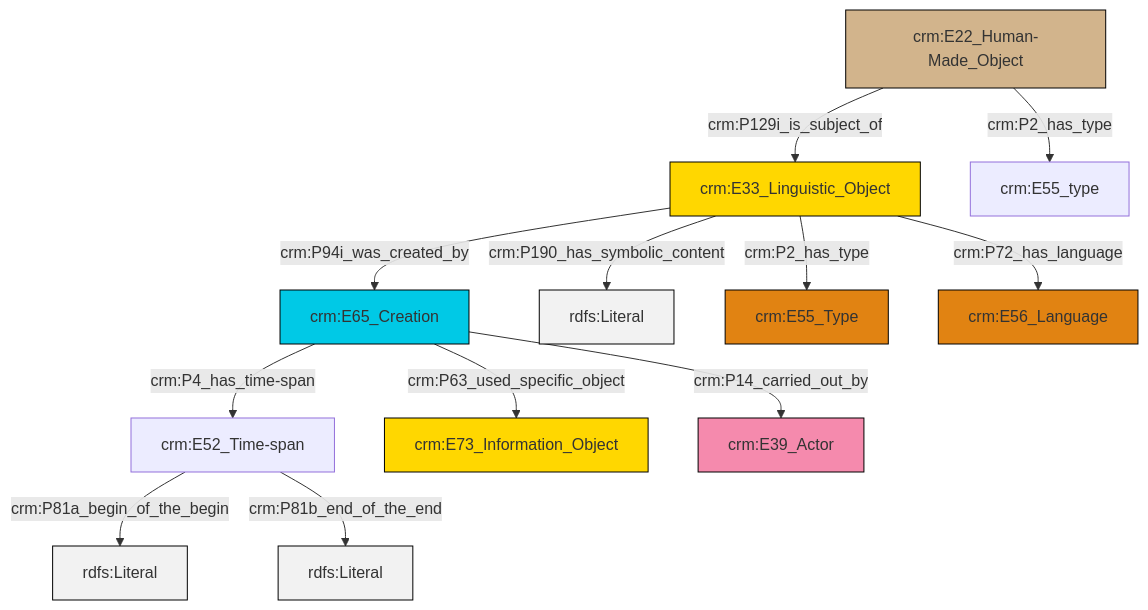
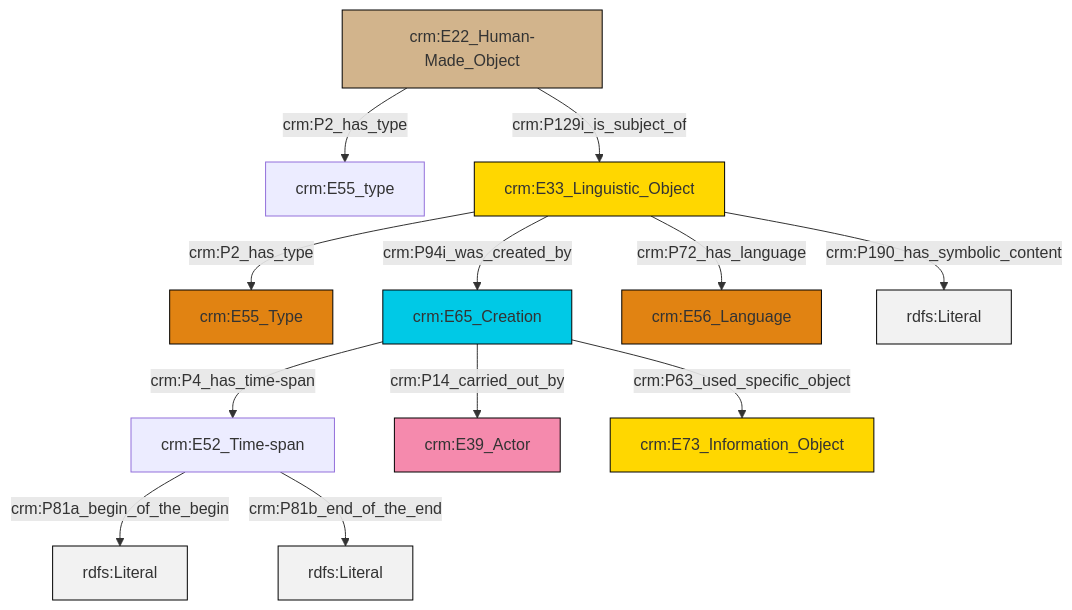
Before and after one commit to swiss-art-research-net/docs.swissartresearch: the diagram in et/builtWorkCSV/ttl/mmd/Built_Work_description.ttl.mmd, drawn with Mermaid. The commit also changed 179 other files, not shown here.

```diff
--- a/et/builtWorkCSV/ttl/mmd/Built_Work_description.ttl.mmd
+++ b/et/builtWorkCSV/ttl/mmd/Built_Work_description.ttl.mmd
@@ -1,26 +1,26 @@
 graph TD
 classDef Literal fill:#f2f2f2,stroke:#000000;
 classDef CRM_Entity fill:#FFFFFF,stroke:#000000;
 classDef Temporal_Entity fill:#00C9E6, stroke:#000000;
 classDef Type fill:#E18312, stroke:#000000;
 classDef Time-Span fill:#2C9C91, stroke:#000000;
 classDef Appellation fill:#FFEB7F, stroke:#000000;
 classDef Place fill:#008836, stroke:#000000;
 classDef Persistent_Item fill:#B266B2, stroke:#000000;
 classDef Conceptual_Object fill:#FFD700, stroke:#000000;
 classDef Physical_Thing fill:#D2B48C, stroke:#000000;
 classDef Actor fill:#f58aad, stroke:#000000;
 classDef PC_Classes fill:#4ce600, stroke:#000000;
 classDef Multi fill:#cccccc,stroke:#000000;
 
-0["crm:E65_Creation"]:::Temporal_Entity -->|crm:P4_has_time-span| 1["crm:E52_Time-span"]:::Default
-0["crm:E65_Creation"]:::Temporal_Entity -->|crm:P63_used_specific_object| 2["crm:E73_Information_Object"]:::Conceptual_Object
-5["crm:E33_Linguistic_Object"]:::Conceptual_Object -->|crm:P190_has_symbolic_content| 6[rdfs:Literal]:::Literal
-3["crm:E22_Human-Made_Object"]:::Physical_Thing -->|crm:P2_has_type| 12["crm:E55_type"]:::Default
-5["crm:E33_Linguistic_Object"]:::Conceptual_Object -->|crm:P2_has_type| 13["crm:E55_Type"]:::Type
-0["crm:E65_Creation"]:::Temporal_Entity -->|crm:P14_carried_out_by| 9["crm:E39_Actor"]:::Actor
-5["crm:E33_Linguistic_Object"]:::Conceptual_Object -->|crm:P94i_was_created_by| 0["crm:E65_Creation"]:::Temporal_Entity
-1["crm:E52_Time-span"]:::Default -->|crm:P81a_begin_of_the_begin| 17[rdfs:Literal]:::Literal
-5["crm:E33_Linguistic_Object"]:::Conceptual_Object -->|crm:P72_has_language| 15["crm:E56_Language"]:::Type
-3["crm:E22_Human-Made_Object"]:::Physical_Thing -->|crm:P129i_is_subject_of| 5["crm:E33_Linguistic_Object"]:::Conceptual_Object
-1["crm:E52_Time-span"]:::Default -->|crm:P81b_end_of_the_end| 20[rdfs:Literal]:::Literal
+2["crm:E22_Human-Made_Object"]:::Physical_Thing -->|crm:P2_has_type| 3["crm:E55_type"]:::Default
+2["crm:E22_Human-Made_Object"]:::Physical_Thing -->|crm:P129i_is_subject_of| 5["crm:E33_Linguistic_Object"]:::Conceptual_Object
+8["crm:E65_Creation"]:::Temporal_Entity -->|crm:P14_carried_out_by| 9["crm:E39_Actor"]:::Actor
+0["crm:E52_Time-span"]:::Default -->|crm:P81a_begin_of_the_begin| 10[rdfs:Literal]:::Literal
+5["crm:E33_Linguistic_Object"]:::Conceptual_Object -->|crm:P72_has_language| 12["crm:E56_Language"]:::Type
+8["crm:E65_Creation"]:::Temporal_Entity -->|crm:P4_has_time-span| 0["crm:E52_Time-span"]:::Default
+0["crm:E52_Time-span"]:::Default -->|crm:P81b_end_of_the_end| 14[rdfs:Literal]:::Literal
+8["crm:E65_Creation"]:::Temporal_Entity -->|crm:P63_used_specific_object| 16["crm:E73_Information_Object"]:::Conceptual_Object
+5["crm:E33_Linguistic_Object"]:::Conceptual_Object -->|crm:P190_has_symbolic_content| 17[rdfs:Literal]:::Literal
+5["crm:E33_Linguistic_Object"]:::Conceptual_Object -->|crm:P94i_was_created_by| 8["crm:E65_Creation"]:::Temporal_Entity
+5["crm:E33_Linguistic_Object"]:::Conceptual_Object -->|crm:P2_has_type| 6["crm:E55_Type"]:::Type
```
